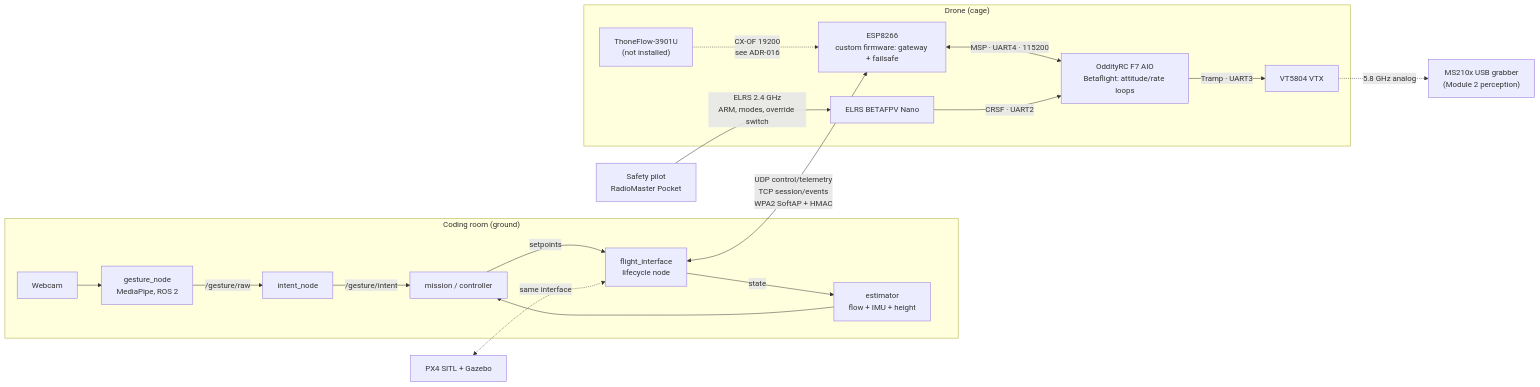
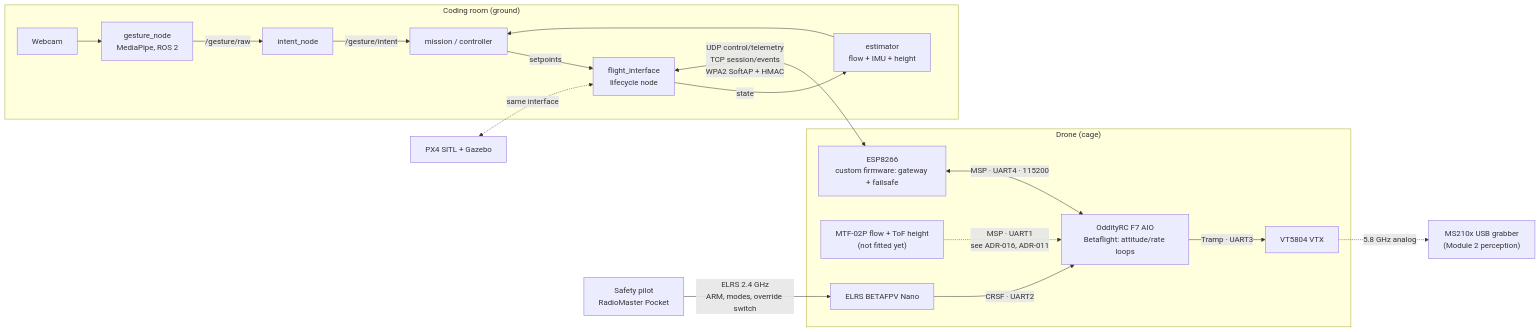
One commit to SEAME-pt/SEA-ME_Team1_ROSRangers changed the diagram in docs/PraticalPlan/03 Architecture/System Overview.md. Above: the diagram before and after it, drawn with Mermaid. The commit also changed other lines of this file and 31 other files, not shown here.

First line of the commit message:
Docs: MTF-02P replaces the ThoneFlow, docs-reviewer fixes and code snippets (#235)

````diff
--- a/docs/PraticalPlan/03 Architecture/System Overview.md
+++ b/docs/PraticalPlan/03 Architecture/System Overview.md
@@ -23,26 +23,26 @@
 ```mermaid
 flowchart LR
   subgraph Room["Coding room (ground)"]
     CAM[Webcam] --> GEST["gesture_node<br/>MediaPipe, ROS 2"]
     GEST -->|/gesture/raw| GN[intent_node]
     GN -->|/gesture/intent| MISSION[mission / controller]
     EST["estimator<br/>flow + IMU + height"] --> MISSION
     MISSION -->|setpoints| FI["flight_interface<br/>lifecycle node"]
     FI -->|state| EST
   end
   subgraph Air["Drone (cage)"]
     ESP["ESP8266<br/>custom firmware: gateway + failsafe"]
     FC["OddityRC F7 AIO<br/>Betaflight: attitude/rate loops"]
-    FLOW["ThoneFlow-3901U<br/>(not installed)"]
+    FLOW["MTF-02P flow + ToF height<br/>(not fitted yet)"]
     ELRS["ELRS BETAFPV Nano"]
     VTX["VT5804 VTX"]
   end
   FI <-->|"UDP control/telemetry<br/>TCP session/events<br/>WPA2 SoftAP + HMAC"| ESP
   ESP <-->|"MSP · UART4 · 115200"| FC
-  FLOW -.->|"CX-OF 19200<br/>see ADR-016"| ESP
+  FLOW -.->|"MSP · UART1<br/>see ADR-016, ADR-011"| FC
   PILOT["Safety pilot<br/>RadioMaster Pocket"] -->|"ELRS 2.4 GHz<br/>ARM, modes, override switch"| ELRS
   ELRS -->|"CRSF · UART2"| FC
   FC -->|"Tramp · UART3"| VTX
   VTX -.->|"5.8 GHz analog"| GRAB["MS210x USB grabber<br/>(Module 2 perception)"]
   SIM["PX4 SITL + Gazebo"] <-.same interface.-> FI
 ```
````
